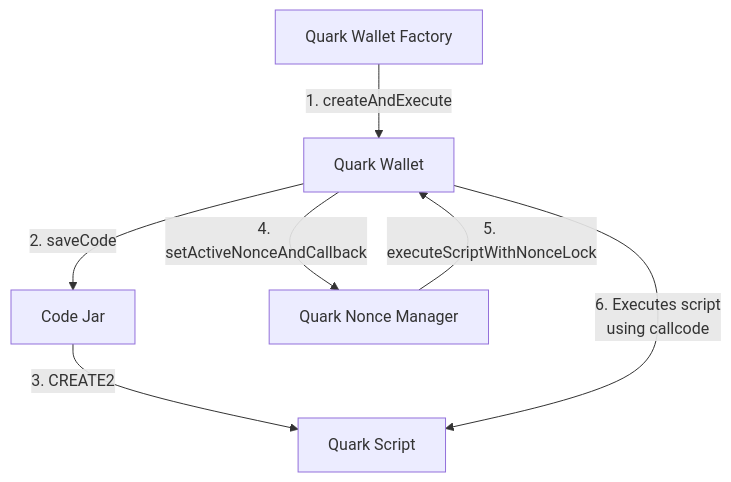
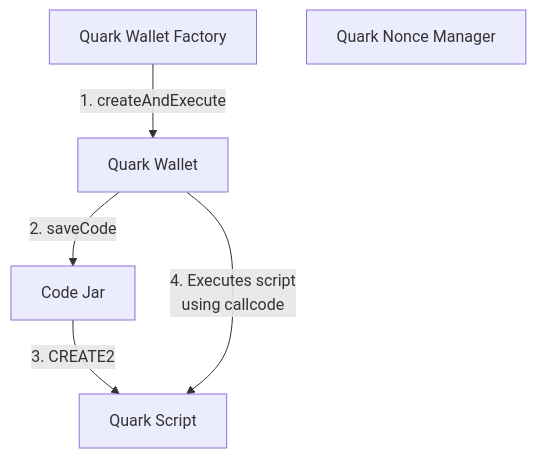
The diagram in README.md (compound-finance/quark), drawn with Mermaid before and after one commit. The commit also changed other lines of this file and 1 other file, not shown here.

````diff
--- a/README.md
+++ b/README.md
@@ -41,15 +41,13 @@
 ```mermaid
 flowchart TB
     factory[Quark Wallet Factory]
     wallet[Quark Wallet]
     jar[Code Jar]
     script[Quark Script]
     state[Quark Nonce Manager]
 
     factory -- 1. createAndExecute --> wallet
     wallet -- 2. saveCode --> jar
     jar -- 3. CREATE2  --> script
-    wallet -- 4. setActiveNonceAndCallback --> state
-    state -- 5. executeScriptWithNonceLock --> wallet
-    wallet -- 6. Executes script\nusing callcode --> script
+    wallet -- 4. Executes script\nusing callcode --> script
 ```
````
